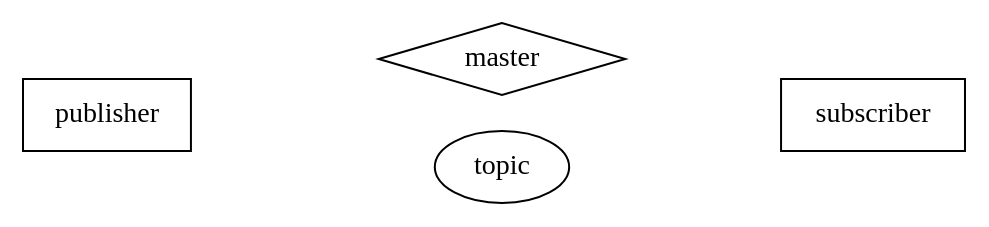
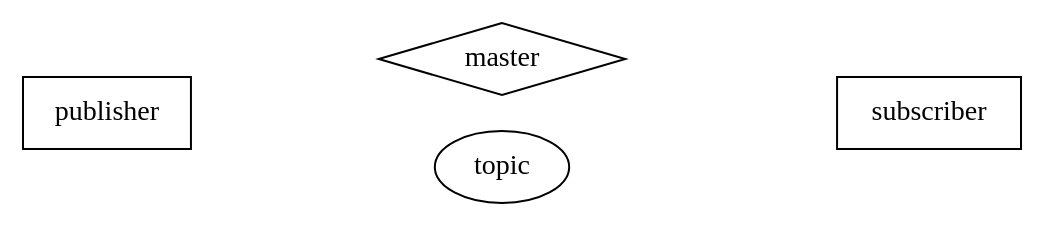
One commit to shihyuan/duckietown_ros_slides changed the diagram in dot/master_1.dot. Above: the diagram before and after it, drawn with Graphviz. The commit also changed 9 other files, not shown here.

```diff
--- a/dot/master_1.dot
+++ b/dot/master_1.dot
@@ -1,1 +1,14 @@
-digraph master_1 {rankdir=LR; node [shape=box,style=filled,fillcolor=white]; publisher; subscriber; master [shape=diamond]; node [shape=ellipse,style=filled,fillcolor=white]; topic; {rank=same;master;topic} publisher->master[style=invis,label="register"]; publisher->topic[style=invis] subscriber->master[style=invis,label="query"]; topic->subscriber[style=invis];}
+digraph {
+	rankdir=LR;
+	node [shape=box,style=filled,fillcolor=white];
+	publisher;
+	subscriber;
+	master [shape=diamond];
+	node [shape=ellipse,style=filled,fillcolor=white];
+	topic;
+	{rank=same;master;topic}
+	publisher->master[style=invis,label="register"];
+	publisher->topic[style=invis,label="publish"];
+	subscriber->master[style=invis,label="query"];
+	topic->subscriber[style=invis,label="subscribe"];
+}
```
